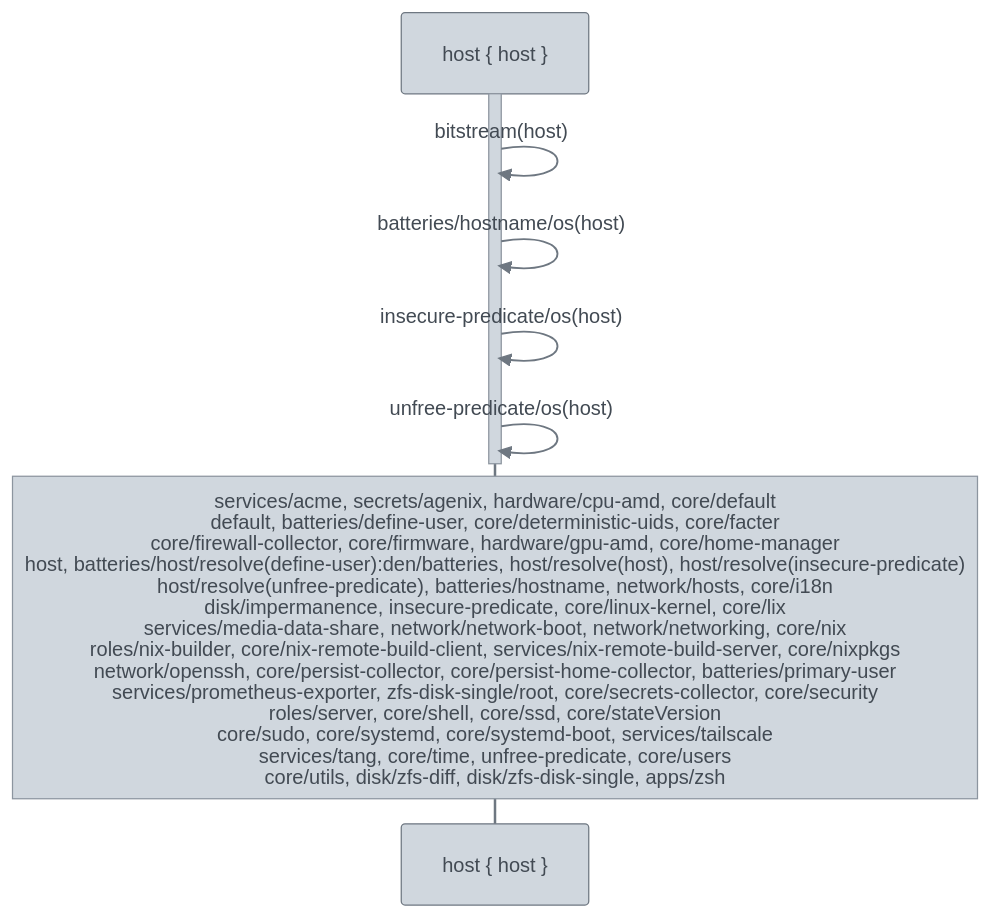
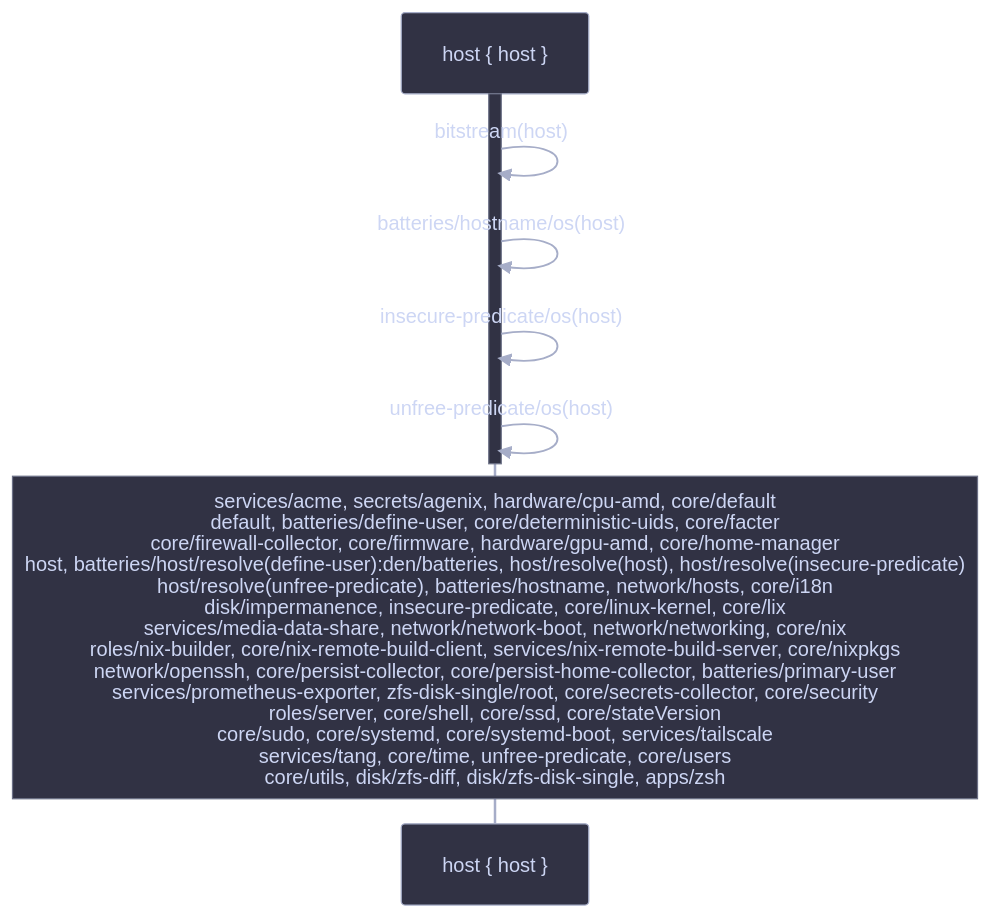
Before and after one commit to sini/nix-config: the diagram in diagrams/hosts/bitstream/scope-seq.md, drawn with Mermaid. The commit also changed 142 other files, not shown here.

First line of the commit message:
feat(diagrams): use projectScope for per-host/user views

````diff
--- a/diagrams/hosts/bitstream/scope-seq.md
+++ b/diagrams/hosts/bitstream/scope-seq.md
@@ -5,14 +5,14 @@
 ```mermaid
-%%{init: {"theme":"base","themeVariables":{"activationBkgColor":"#d0d7de","activationBorderColor":"#8c959f","actorBkg":"#d0d7de","actorBorder":"#6e7781","actorLineColor":"#6e7781","actorTextColor":"#424a53","background":"#eaeef2","classText":"#424a53","clusterBkg":"#d0d7de","clusterBorder":"#8c959f","edgeLabelBackground":"#eaeef2","labelBoxBkgColor":"#d0d7de","labelBoxBorderColor":"#6e7781","labelTextColor":"#424a53","lineColor":"#6e7781","loopTextColor":"#424a53","mainBkg":"#d0d7de","nodeBkg":"#d0d7de","nodeBorder":"#6e7781","nodeTextColor":"#424a53","noteBkgColor":"#d0d7de","noteBorderColor":"#8c959f","noteTextColor":"#424a53","pie1":"#fa4549","pie2":"#e16f24","pie3":"#bf8700","pie4":"#2da44e","pie5":"#339D9B","pie6":"#218bff","pie7":"#a475f9","pie8":"#4d2d00","pieLegendTextColor":"#424a53","pieOuterStrokeColor":"#8c959f","pieSectionTextColor":"#424a53","pieStrokeColor":"#8c959f","pieTitleTextColor":"#424a53","primaryBorderColor":"#6e7781","primaryColor":"#d0d7de","primaryTextColor":"#424a53","secondBkg":"#d0d7de","secondaryBorderColor":"#8c959f","secondaryColor":"#d0d7de","secondaryTextColor":"#424a53","sequenceNumberColor":"#eaeef2","signalColor":"#6e7781","signalTextColor":"#424a53","tertiaryBorderColor":"#8c959f","tertiaryColor":"#d0d7de","tertiaryTextColor":"#424a53","textColor":"#424a53","titleColor":"#424a53"}}}%%
+%%{init: {"theme":"base","themeVariables":{"activationBkgColor":"#313244","activationBorderColor":"#6c7086","actorBkg":"#313244","actorBorder":"#a6adc8","actorLineColor":"#a6adc8","actorTextColor":"#cdd6f4","background":"#1e1e2e","classText":"#cdd6f4","clusterBkg":"#313244","clusterBorder":"#6c7086","edgeLabelBackground":"#1e1e2e","labelBoxBkgColor":"#313244","labelBoxBorderColor":"#a6adc8","labelTextColor":"#cdd6f4","lineColor":"#a6adc8","loopTextColor":"#cdd6f4","mainBkg":"#313244","nodeBkg":"#313244","nodeBorder":"#a6adc8","nodeTextColor":"#cdd6f4","noteBkgColor":"#313244","noteBorderColor":"#6c7086","noteTextColor":"#cdd6f4","pie1":"#f38ba8","pie2":"#fab387","pie3":"#f9e2af","pie4":"#a6e3a1","pie5":"#94e2d5","pie6":"#89b4fa","pie7":"#cba6f7","pie8":"#f2cdcd","pieLegendTextColor":"#cdd6f4","pieOuterStrokeColor":"#6c7086","pieSectionTextColor":"#cdd6f4","pieStrokeColor":"#6c7086","pieTitleTextColor":"#cdd6f4","primaryBorderColor":"#a6adc8","primaryColor":"#313244","primaryTextColor":"#cdd6f4","secondBkg":"#313244","secondaryBorderColor":"#6c7086","secondaryColor":"#313244","secondaryTextColor":"#cdd6f4","sequenceNumberColor":"#1e1e2e","signalColor":"#a6adc8","signalTextColor":"#cdd6f4","tertiaryBorderColor":"#6c7086","tertiaryColor":"#313244","tertiaryTextColor":"#cdd6f4","textColor":"#cdd6f4","titleColor":"#cdd6f4"}}}%%
 sequenceDiagram
     participant host as host { host }
 
 
     activate host
     host ->> host: bitstream(host)
     host ->> host: batteries/hostname/os(host)
     host ->> host: insecure-predicate/os(host)
     host ->> host: unfree-predicate/os(host)
     deactivate host
     Note over host: services/acme, secrets/agenix, hardware/cpu-amd, core/default<br/>default, batteries/define-user, core/deterministic-uids, core/facter<br/>core/firewall-collector, core/firmware, hardware/gpu-amd, core/home-manager<br/>host, batteries/host/resolve(define-user):den/batteries, host/resolve(host), host/resolve(insecure-predicate)<br/>host/resolve(unfree-predicate), batteries/hostname, network/hosts, core/i18n<br/>disk/impermanence, insecure-predicate, core/linux-kernel, core/lix<br/>services/media-data-share, network/network-boot, network/networking, core/nix<br/>roles/nix-builder, core/nix-remote-build-client, services/nix-remote-build-server, core/nixpkgs<br/>network/openssh, core/persist-collector, core/persist-home-collector, batteries/primary-user<br/>services/prometheus-exporter, zfs-disk-single/root, core/secrets-collector, core/security<br/>roles/server, core/shell, core/ssd, core/stateVersion<br/>core/sudo, core/systemd, core/systemd-boot, services/tailscale<br/>services/tang, core/time, unfree-predicate, core/users<br/>core/utils, disk/zfs-diff, disk/zfs-disk-single, apps/zsh
 ```
````
